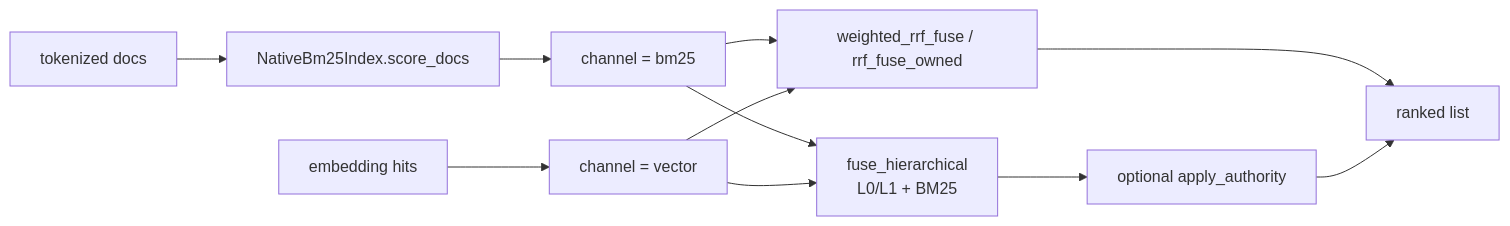
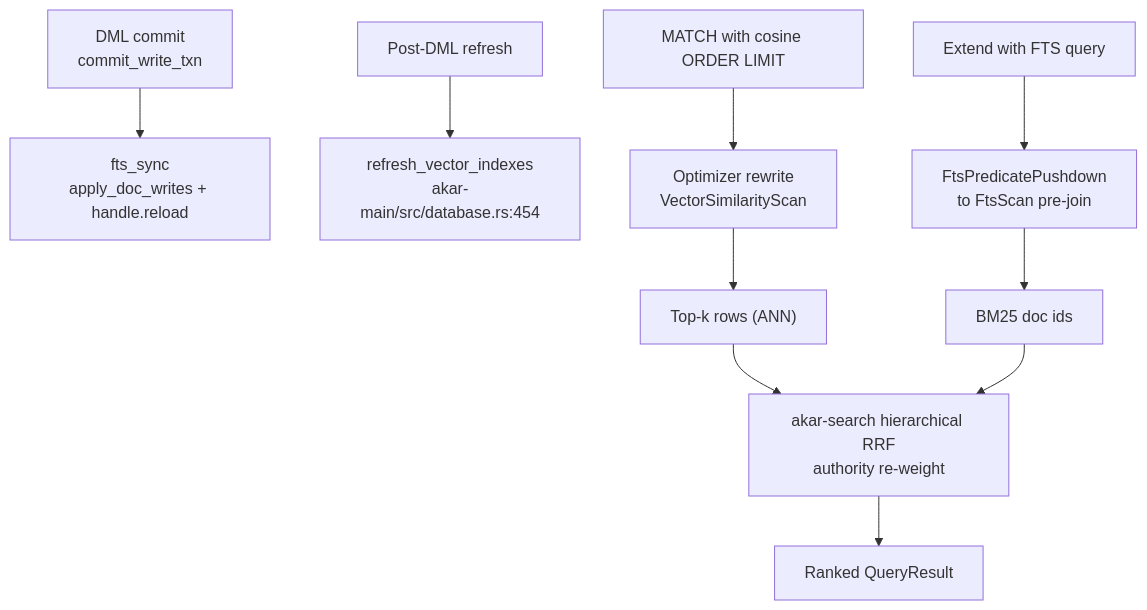
Before and after one commit to mlengse/akar: the diagram in .terrain/human/4.Deep-Exploration/search.md, drawn with Mermaid. The commit also changed other lines of this file and 29 other files, not shown here.

````diff
--- a/.terrain/human/4.Deep-Exploration/search.md
+++ b/.terrain/human/4.Deep-Exploration/search.md
@@ -39,13 +48,12 @@
 ```mermaid
-flowchart LR
-    A["tokenized docs"] --> B["NativeBm25Index.score_docs"]
-    B --> C["channel = bm25"]
-    D["embedding hits"] --> E["channel = vector"]
-    C --> F["weighted_rrf_fuse / rrf_fuse_owned"]
-    E --> F
-    F --> G["ranked list"]
-    C --> H["fuse_hierarchical<br/>L0/L1 + BM25"]
-    E --> H
-    H --> I["optional apply_authority"]
-    I --> G
+flowchart TD
+    A["DML commit<br/>commit_write_txn"] --> B["fts_sync<br/>apply_doc_writes + handle.reload"]
+    C["Post-DML refresh"] --> D["refresh_vector_indexes<br/>akar-main/src/database.rs:454"]
+    E["MATCH with cosine ORDER LIMIT"] --> F["Optimizer rewrite<br/>VectorSimilarityScan"]
+    G["Extend with FTS query"] --> H["FtsPredicatePushdown<br/>to FtsScan pre-join"]
+    F --> I["Top-k rows (ANN)"]
+    H --> J["BM25 doc ids"]
+    I --> K["akar-search hierarchical RRF<br/>authority re-weight"]
+    J --> K
+    K --> L["Ranked QueryResult"]
 ```
````
